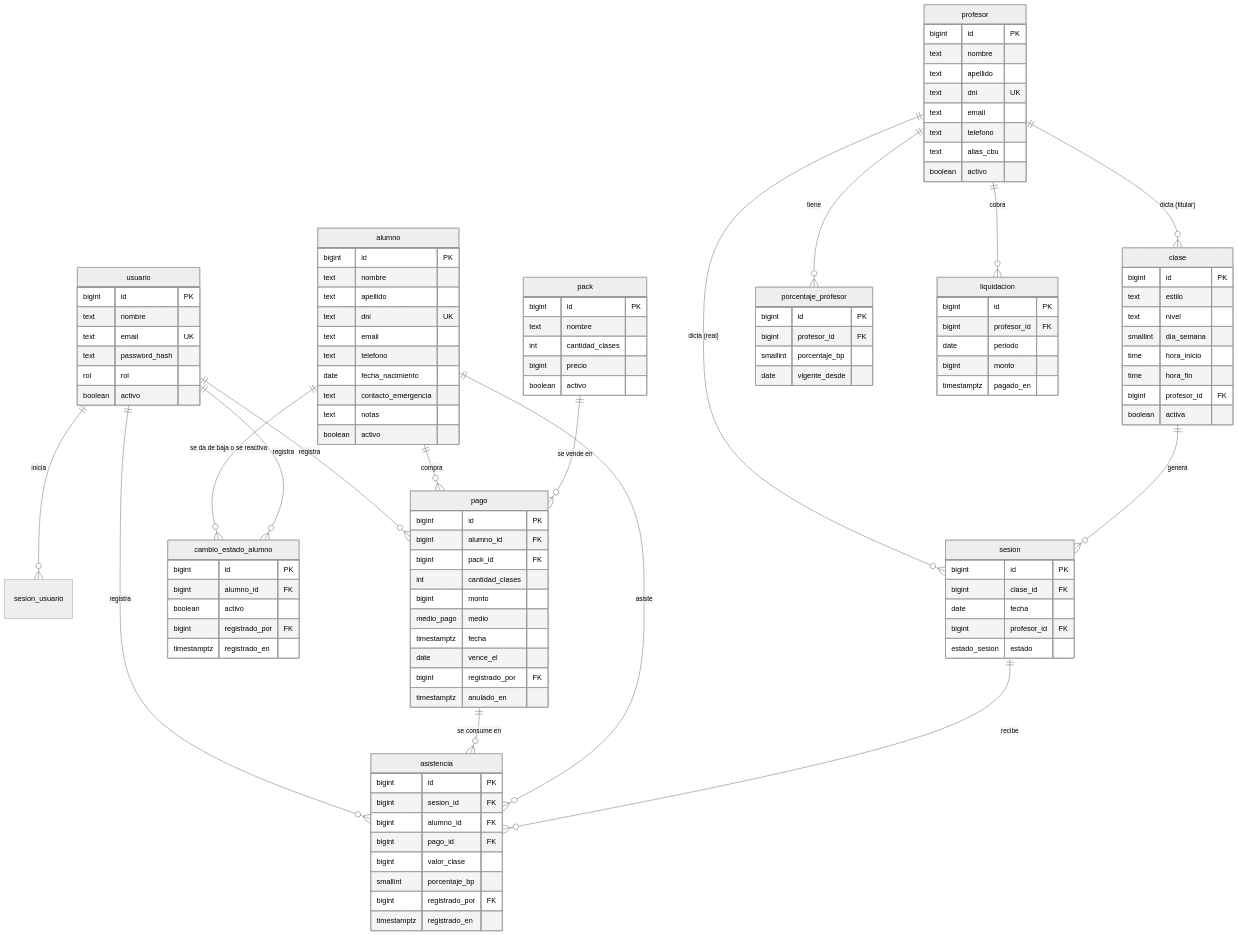
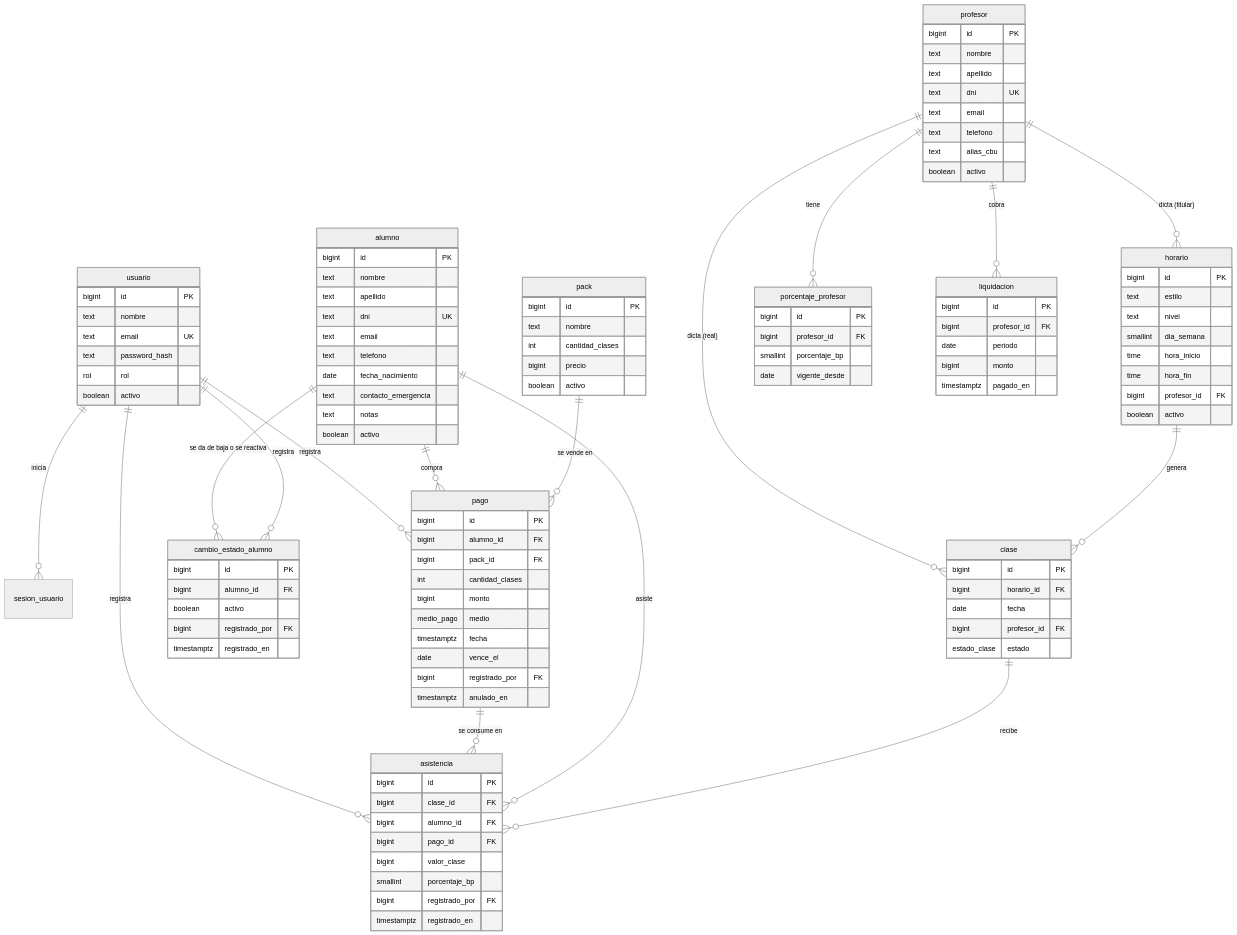
The diagram in docs/estructura de base de datos.md (Juanrar/studio-manager), drawn with Mermaid (neutral theme) before and after one commit. The commit also changed other lines of this file and 4 other files, not shown here.

Commit message:
docs: horario y clase en los documentos de diseño

```diff
--- a/docs/estructura de base de datos.md
+++ b/docs/estructura de base de datos.md
@@ -43,11 +43,11 @@
     alumno ||--o{ asistencia : asiste
     alumno ||--o{ cambio_estado_alumno : "se da de baja o se reactiva"
     usuario ||--o{ cambio_estado_alumno : registra
-    profesor ||--o{ clase : "dicta (titular)"
-    profesor ||--o{ sesion : "dicta (real)"
+    profesor ||--o{ horario : "dicta (titular)"
+    profesor ||--o{ clase : "dicta (real)"
     profesor ||--o{ porcentaje_profesor : "tiene"
-    clase ||--o{ sesion : "genera"
-    sesion ||--o{ asistencia : "recibe"
+    horario ||--o{ clase : "genera"
+    clase ||--o{ asistencia : "recibe"
     profesor ||--o{ liquidacion : "cobra"
 
     usuario {
@@ -112,7 +112,7 @@
         bigint registrado_por FK
         timestamptz anulado_en
     }
-    clase {
+    horario {
         bigint id PK
         text estilo
         text nivel
@@ -120,18 +120,18 @@
         time hora_inicio
         time hora_fin
         bigint profesor_id FK
-        boolean activa
+        boolean activo
     }
-    sesion {
+    clase {
         bigint id PK
-        bigint clase_id FK
+        bigint horario_id FK
         date fecha
         bigint profesor_id FK
-        estado_sesion estado
+        estado_clase estado
     }
     asistencia {
         bigint id PK
-        bigint sesion_id FK
+        bigint clase_id FK
         bigint alumno_id FK
         bigint pago_id FK
         bigint valor_clase
```
